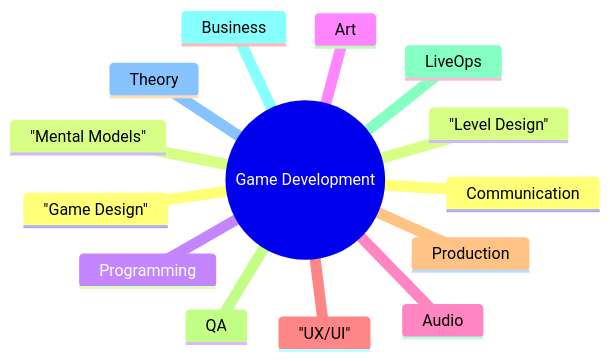
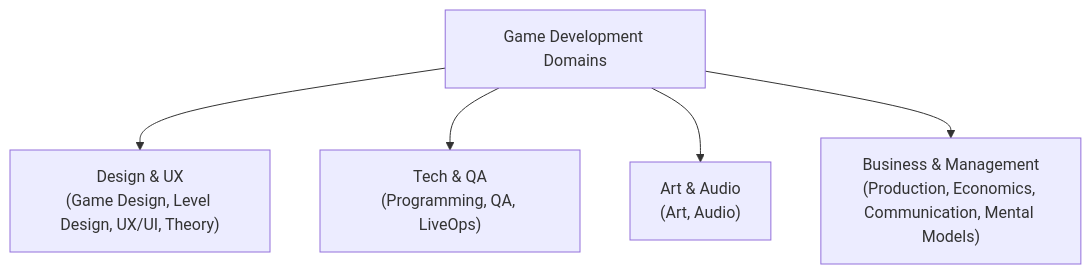
One commit to annias/spawn-dev-encyclopedia changed the fifth of 12 diagrams in README.md. Above: the diagram before and after it, drawn with Mermaid. The commit also changed other lines of this file and 1 other file, not shown here.

Commit message:
style: optimize diagrams layout, replacing mindmaps with clean trees and subgraphs

````diff
--- a/README.md
+++ b/README.md
@@ -187,18 +166,9 @@
 ```mermaid
-mindmap
-root(("Game Development"))
-
-    "Game Design"
-    "Level Design"
-    Programming
-    Art
-    Audio
-    "UX/UI"
-    Production
-    QA
-    LiveOps
-    Business
-    Theory
-    Communication
-    "Mental Models"
+flowchart TD
+    GD["Game Development Domains"]
+    
+    GD --> Design["Design & UX<br>(Game Design, Level Design, UX/UI, Theory)"]
+    GD --> Tech["Tech & QA<br>(Programming, QA, LiveOps)"]
+    GD --> Creative["Art & Audio<br>(Art, Audio)"]
+    GD --> Production["Business & Management<br>(Production, Economics, Communication, Mental Models)"]
 ```
````
